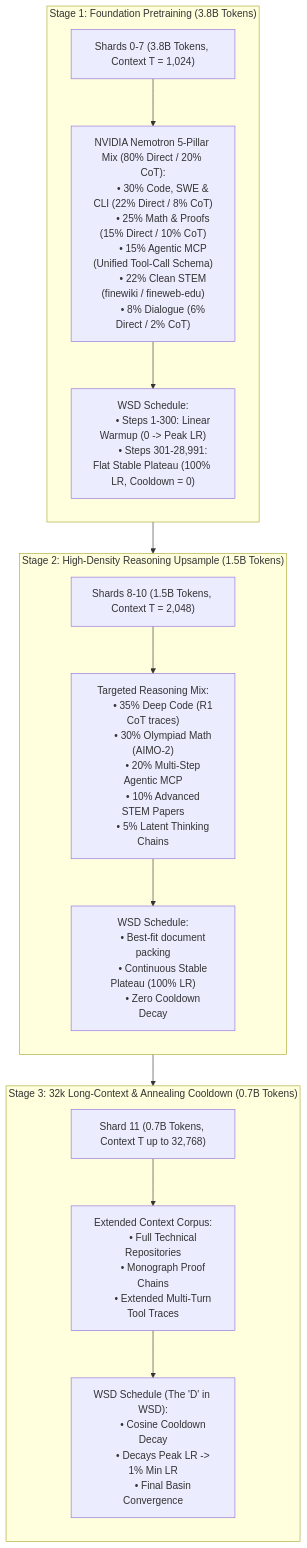
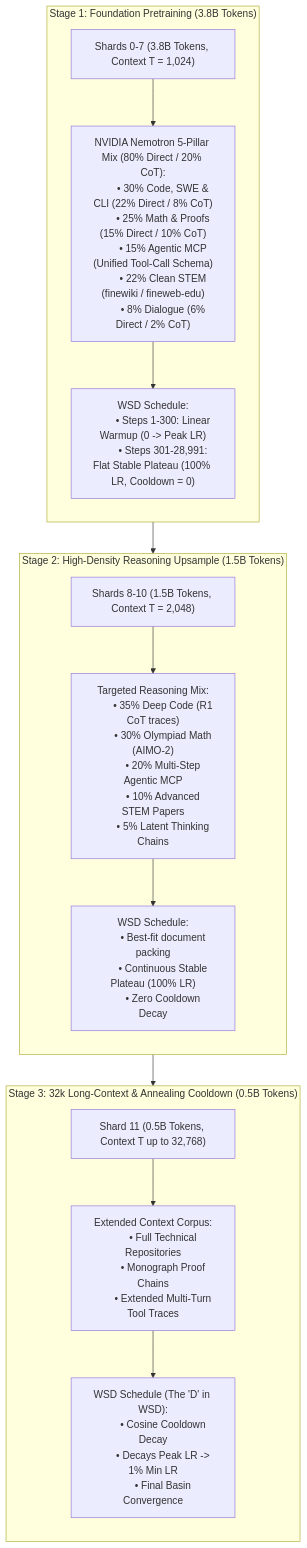
Before and after one commit to yashwk/pulsar-300m: the diagram in docs/CURRICULUM.md, drawn with Mermaid. The commit also changed other lines of this file and 7 other files, not shown here.

Commit message:
docs: reconcile architecture math, curriculum budgets, and monitor thresholds

````diff
--- a/docs/CURRICULUM.md
+++ b/docs/CURRICULUM.md
@@ -15,49 +15,49 @@
 ```mermaid
 flowchart TD
     subgraph S1 ["Stage 1: Foundation Pretraining (3.8B Tokens)"]
         direction TB
         S1_DATA["Shards 0-7 (3.8B Tokens, Context T = 1,024)"]
         S1_MIX["NVIDIA Nemotron 5-Pillar Mix (80% Direct / 20% CoT):
         • 30% Code, SWE & CLI (22% Direct / 8% CoT)
         • 25% Math & Proofs (15% Direct / 10% CoT)
         • 15% Agentic MCP (Unified Tool-Call Schema)
         • 22% Clean STEM (finewiki / fineweb-edu)
         • 8% Dialogue (6% Direct / 2% CoT)"]
         S1_WSD["WSD Schedule:
         • Steps 1-300: Linear Warmup (0 -> Peak LR)
         • Steps 301-28,991: Flat Stable Plateau (100% LR, Cooldown = 0)"]
         S1_DATA --> S1_MIX --> S1_WSD
     end
 
     subgraph S2 ["Stage 2: High-Density Reasoning Upsample (1.5B Tokens)"]
         direction TB
         S2_DATA["Shards 8-10 (1.5B Tokens, Context T = 2,048)"]
         S2_MIX["Targeted Reasoning Mix:
         • 35% Deep Code (R1 CoT traces)
         • 30% Olympiad Math (AIMO-2)
         • 20% Multi-Step Agentic MCP
         • 10% Advanced STEM Papers
         • 5% Latent Thinking Chains"]
         S2_WSD["WSD Schedule:
         • Best-fit document packing
         • Continuous Stable Plateau (100% LR)
         • Zero Cooldown Decay"]
         S2_DATA --> S2_MIX --> S2_WSD
     end
 
-    subgraph S3 ["Stage 3: 32k Long-Context & Annealing Cooldown (0.7B Tokens)"]
+    subgraph S3 ["Stage 3: 32k Long-Context & Annealing Cooldown (0.5B Tokens)"]
         direction TB
-        S3_DATA["Shard 11 (0.7B Tokens, Context T up to 32,768)"]
+        S3_DATA["Shard 11 (0.5B Tokens, Context T up to 32,768)"]
         S3_MIX["Extended Context Corpus:
         • Full Technical Repositories
         • Monograph Proof Chains
         • Extended Multi-Turn Tool Traces"]
         S3_WSD["WSD Schedule (The 'D' in WSD):
         • Cosine Cooldown Decay
         • Decays Peak LR -> 1% Min LR
         • Final Basin Convergence"]
         S3_DATA --> S3_MIX --> S3_WSD
     end
 
     S1 --> S2 --> S3
 ```
````
